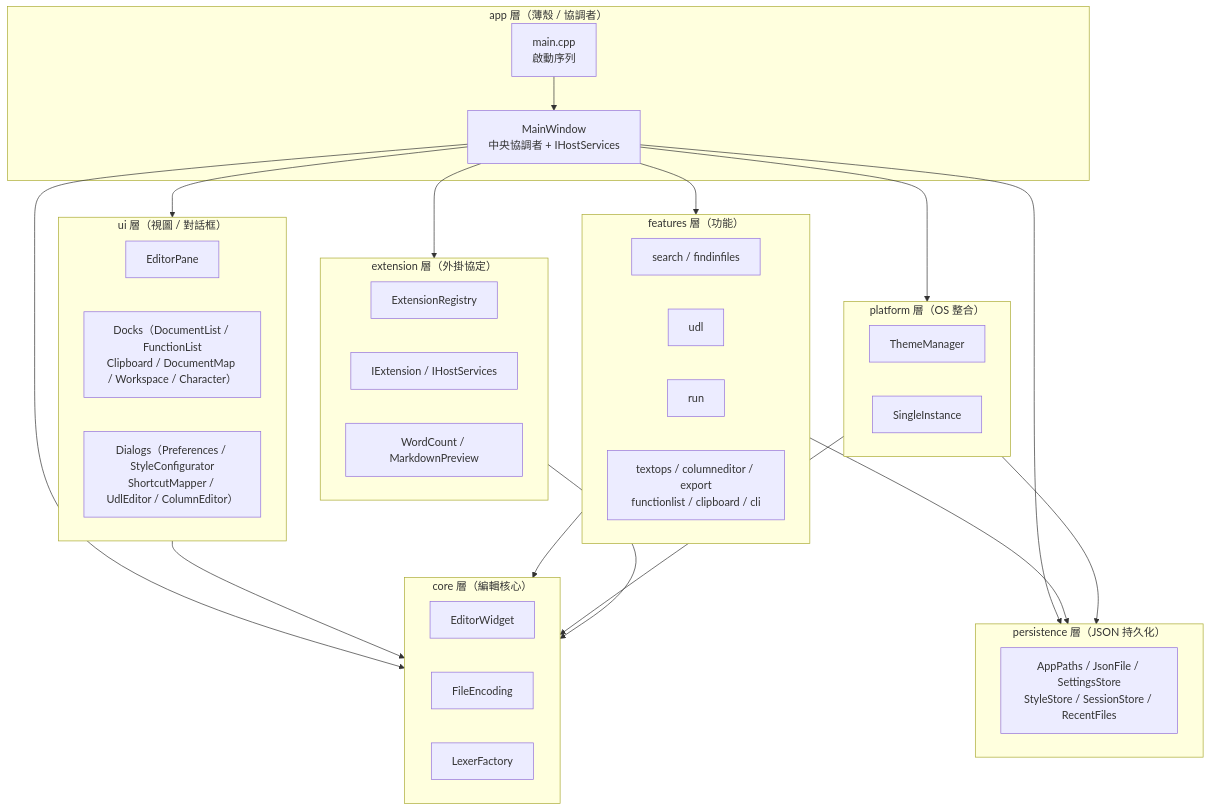
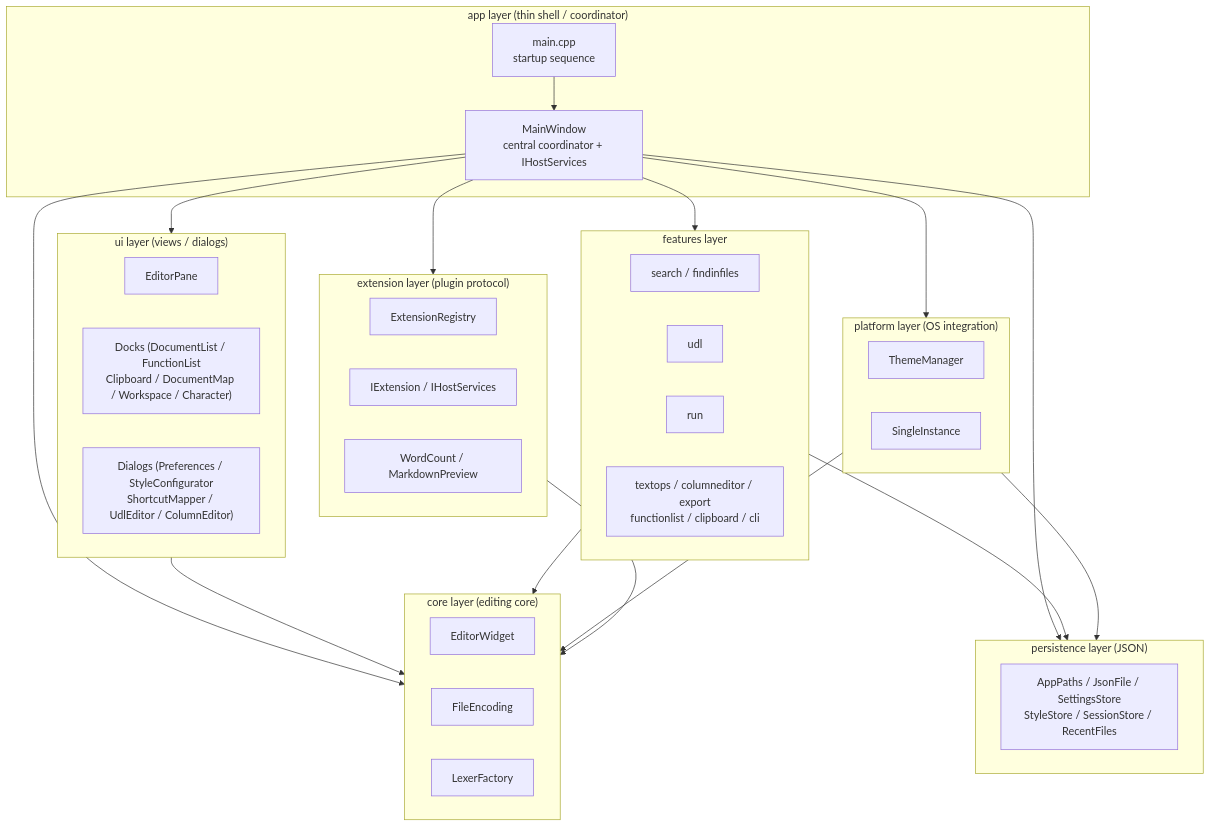
One commit to EddyKuo/macpadpp changed the first of 23 diagrams in docs/design.md. Above: the diagram before and after it, drawn with Mermaid. The commit also changed other lines of this file and 24 other files, not shown here.

````diff
--- a/docs/design.md
+++ b/docs/design.md
@@ -51,49 +67,49 @@
 ```mermaid
 flowchart TB
-    subgraph app["app 層（薄殼 / 協調者）"]
-        main["main.cpp\n啟動序列"]
-        MW["MainWindow\n中央協調者 + IHostServices"]
+    subgraph app["app layer (thin shell / coordinator)"]
+        main["main.cpp\nstartup sequence"]
+        MW["MainWindow\ncentral coordinator + IHostServices"]
     end
-    subgraph core["core 層（編輯核心）"]
+    subgraph core["core layer (editing core)"]
         EW["EditorWidget"]
         FE["FileEncoding"]
         LF["LexerFactory"]
     end
-    subgraph features["features 層（功能）"]
+    subgraph features["features layer"]
         SR["search / findinfiles"]
         UDL["udl"]
         RUN["run"]
         MISC["textops / columneditor / export\nfunctionlist / clipboard / cli"]
     end
-    subgraph ui["ui 層（視圖 / 對話框）"]
+    subgraph ui["ui layer (views / dialogs)"]
         PANE["EditorPane"]
-        DOCKS["Docks（DocumentList / FunctionList\nClipboard / DocumentMap / Workspace / Character）"]
-        DLGS["Dialogs（Preferences / StyleConfigurator\nShortcutMapper / UdlEditor / ColumnEditor）"]
+        DOCKS["Docks (DocumentList / FunctionList\nClipboard / DocumentMap / Workspace / Character)"]
+        DLGS["Dialogs (Preferences / StyleConfigurator\nShortcutMapper / UdlEditor / ColumnEditor)"]
     end
-    subgraph persistence["persistence 層（JSON 持久化）"]
+    subgraph persistence["persistence layer (JSON)"]
         STORES["AppPaths / JsonFile / SettingsStore\nStyleStore / SessionStore / RecentFiles"]
     end
-    subgraph platform["platform 層（OS 整合）"]
+    subgraph platform["platform layer (OS integration)"]
         TM["ThemeManager"]
         SI["SingleInstance"]
     end
-    subgraph extension["extension 層（外掛協定）"]
+    subgraph extension["extension layer (plugin protocol)"]
         REG["ExtensionRegistry"]
         IEXT["IExtension / IHostServices"]
         BUILTIN["WordCount / MarkdownPreview"]
     end
 
     main --> MW
     MW --> core
     MW --> features
     MW --> ui
     MW --> persistence
     MW --> platform
     MW --> extension
     ui --> core
     features --> core
     features --> persistence
     platform --> core
     platform --> persistence
     extension --> core
 ```
````
